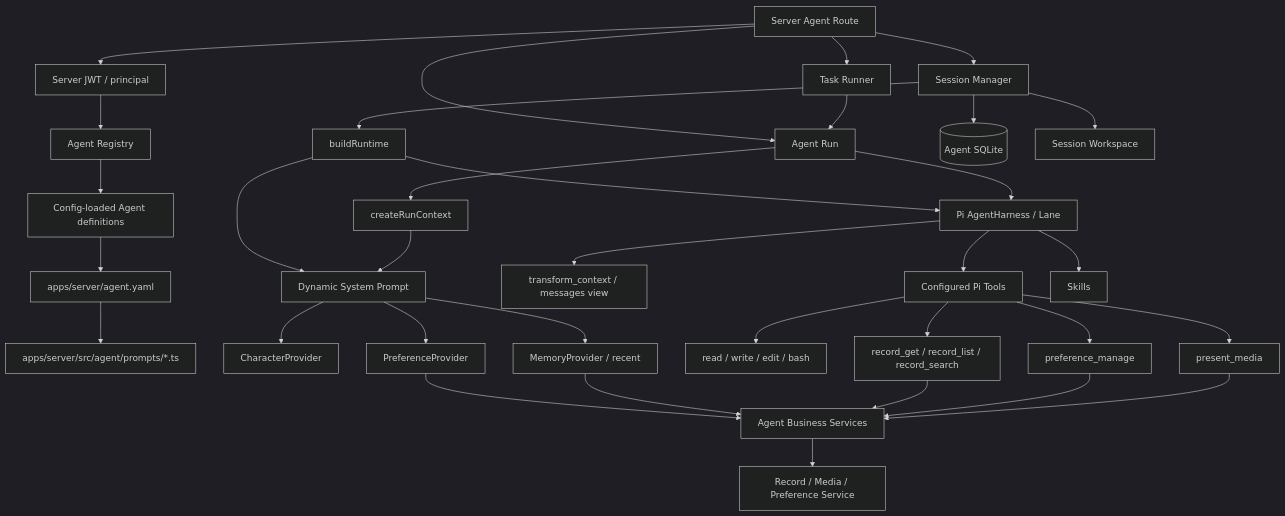
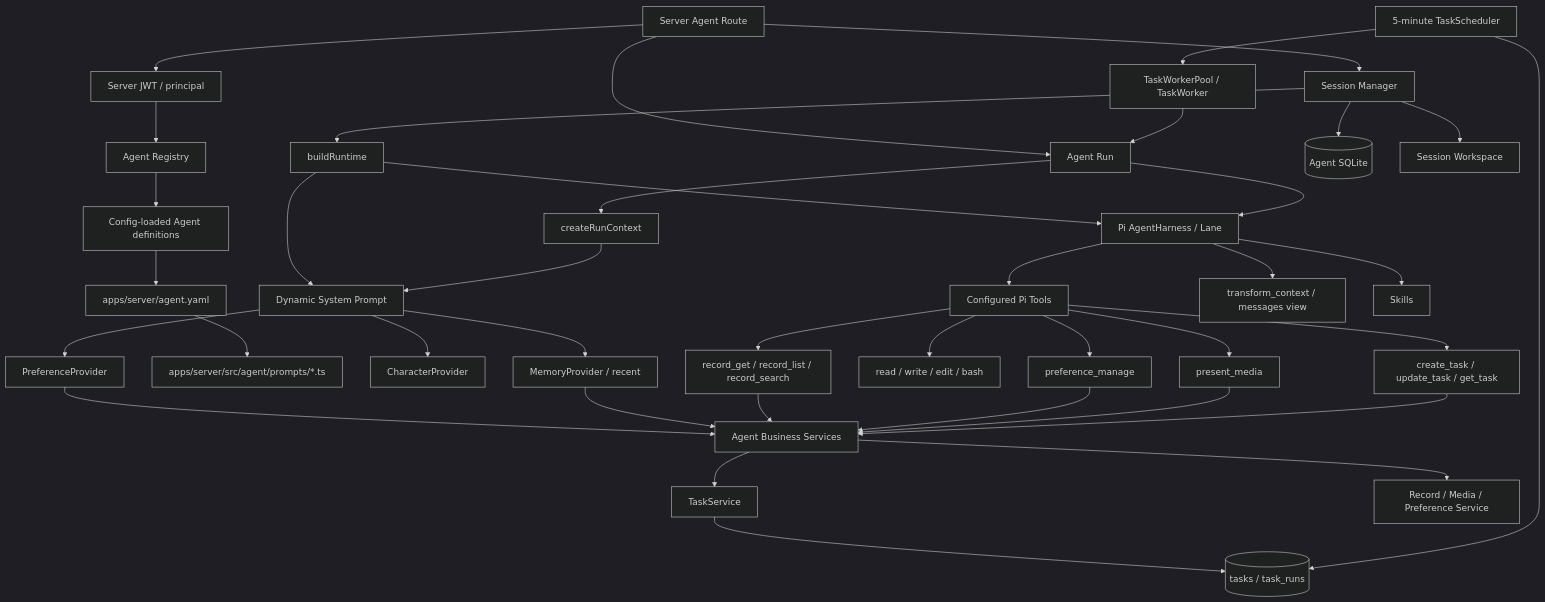
Before and after one commit to huiru-wang/fanto: the diagram in docs/architecture/agent-runtime.md, drawn with Mermaid (dark theme). The commit also changed other lines of this file and 75 other files, not shown here.

````diff
--- a/docs/architecture/agent-runtime.md
+++ b/docs/architecture/agent-runtime.md
@@ -7,39 +7,44 @@
 ```mermaid
 flowchart TD
   HTTP[Server Agent Route] --> AUTH[Server JWT / principal]
   AUTH --> REG[Agent Registry]
   HTTP --> SM[Session Manager]
   HTTP --> RUN[Agent Run]
-  HTTP --> TR[Task Runner]
-  TR --> RUN
+  TOOLS --> TASKS[create_task / update_task / get_task]
+  TS[TaskService] --> TDB[(tasks / task_runs)]
+  SCH[5-minute TaskScheduler] --> TDB
+  SCH --> WORKER[TaskWorkerPool / TaskWorker]
+  WORKER --> RUN
   REG --> DEF[Config-loaded Agent definitions]
   DEF --> YAML[apps/server/agent.yaml]
   YAML --> PROMPTS[apps/server/src/agent/prompts/*.ts]
 
   SM --> HARNESS[buildRuntime]
   HARNESS --> PI[Pi AgentHarness / Lane]
   SM --> DB[(Agent SQLite)]
   SM --> WS[Session Workspace]
 
   RUN --> RC[createRunContext]
   HARNESS --> SP[Dynamic System Prompt]
   RC --> SP
   SP --> CHAR[CharacterProvider]
   SP --> PREF[PreferenceProvider]
   SP --> MEM[MemoryProvider / recent]
   PREF --> B[Agent Business Services]
   MEM --> B
   RUN --> PI
   PI --> TC[transform_context / messages view]
 
   PI --> TOOLS[Configured Pi Tools]
   TOOLS --> BUILTIN[read / write / edit / bash]
   TOOLS --> RECORD[record_get / record_list / record_search]
   TOOLS --> PM[preference_manage]
   TOOLS --> PRESENT[present_media]
   RECORD --> B
   PM --> B
   PRESENT --> B
+  TASKS --> B
   B --> SERVICE[Record / Media / Preference Service]
+  B --> TS
   PI --> SKILLS[Skills]
 ```
````
